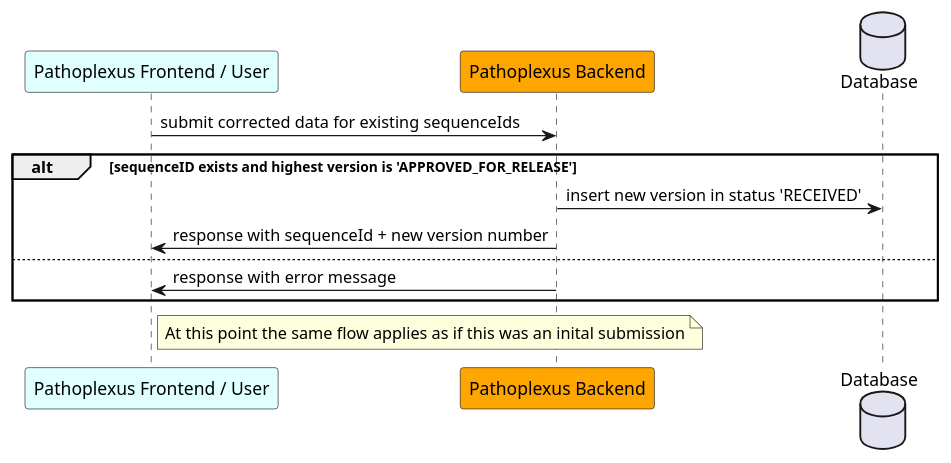
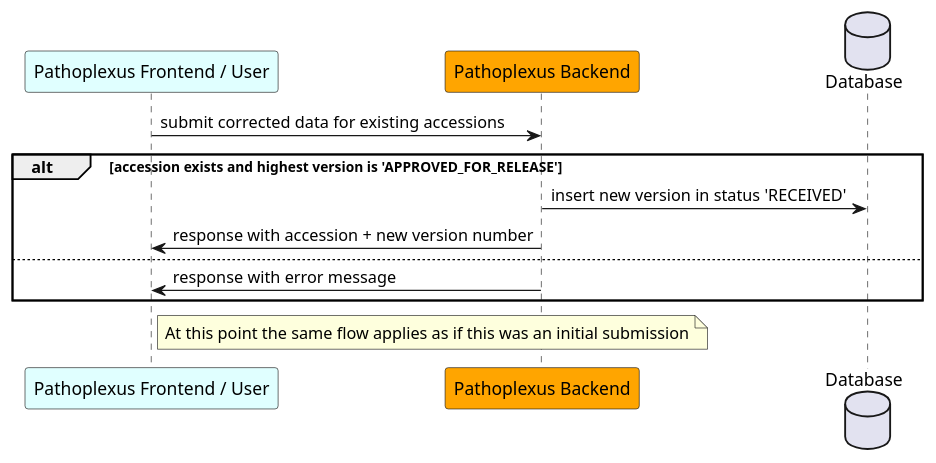
The diagram in backend/docs/plantuml/sequenceRevision.puml (loculus-project/loculus), drawn with PlantUML before and after one commit. The commit also changed 95 other files, not shown here.

```diff
--- a/backend/docs/plantuml/sequenceRevision.puml
+++ b/backend/docs/plantuml/sequenceRevision.puml
@@ -1,19 +1,19 @@
 @startuml
     participant "Pathoplexus Frontend / User" as frontend #LightCyan
     participant "Pathoplexus Backend" as backend #Orange
     database "Database" as DB
 
 
-    frontend -> backend: submit corrected data for existing sequenceIds
+    frontend -> backend: submit corrected data for existing accessions
 
-    alt sequenceID exists and highest version is 'APPROVED_FOR_RELEASE'
+    alt accession exists and highest version is 'APPROVED_FOR_RELEASE'
         backend -> DB: insert new version in status 'RECEIVED'
-    backend -> frontend: response with sequenceId + new version number
+    backend -> frontend: response with accession + new version number
     else
         backend -> frontend: response with error message
     end
 
     note right of frontend
-        At this point the same flow applies as if this was an inital submission
+        At this point the same flow applies as if this was an initial submission
     end note
 @enduml
```
